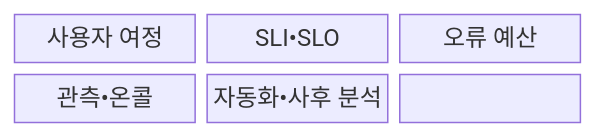
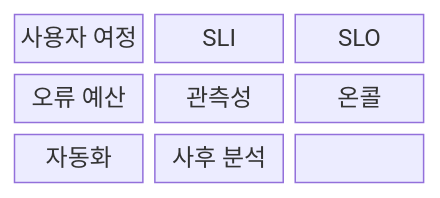
Before and after one commit to agnusdei1207/knowledge-base: the first of 2 diagrams in src/content/docs/notes/08-latest-tech/172_sre.md, drawn with Mermaid. The commit also changed other lines of this file and 20 other files, not shown here.

````diff
--- a/src/content/docs/notes/08-latest-tech/172_sre.md
+++ b/src/content/docs/notes/08-latest-tech/172_sre.md
@@ -69,11 +72,14 @@
 ```mermaid
 block-beta
   columns 3
   N0["사용자 여정"]
-  N1["SLI•SLO"]
+  N1["SLI"]
+  N5["SLO"]
   N2["오류 예산"]
-  N3["관측•온콜"]
-  N4["자동화•사후 분석"]
-  N0 --- N1 --- N2
-  N2 --- N3 --- N4
+  N3["관측성"]
+  N6["온콜"]
+  N4["자동화"]
+  N7["사후 분석"]
+  N0 --- N1 --- N5 --- N2
+  N2 --- N3 --- N6 --- N4 --- N7
 ```
````
